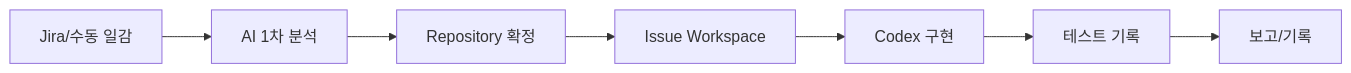
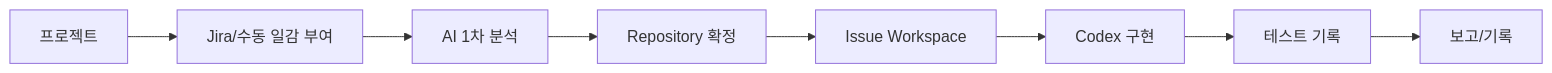
One commit to MIMminE/devpilot changed the first of 2 diagrams in README.md. Above: the diagram before and after it, drawn with Mermaid. The commit also changed other lines of this file and 5 other files, not shown here.

First line of the commit message:
docs: 프로젝트 일감 워크플로우 문서 최신화

````diff
--- a/README.md
+++ b/README.md
@@ -42,9 +44,10 @@
 ```mermaid
 flowchart LR
-    A["Jira/수동 일감"] --> B["AI 1차 분석"]
-    B --> C["Repository 확정"]
-    C --> D["Issue Workspace"]
-    D --> E["Codex 구현"]
-    E --> F["테스트 기록"]
-    F --> G["보고/기록"]
+    A["프로젝트"] --> B["Jira/수동 일감 부여"]
+    B --> C["AI 1차 분석"]
+    C --> D["Repository 확정"]
+    D --> E["Issue Workspace"]
+    E --> F["Codex 구현"]
+    F --> G["테스트 기록"]
+    G --> H["보고/기록"]
 ```
````
